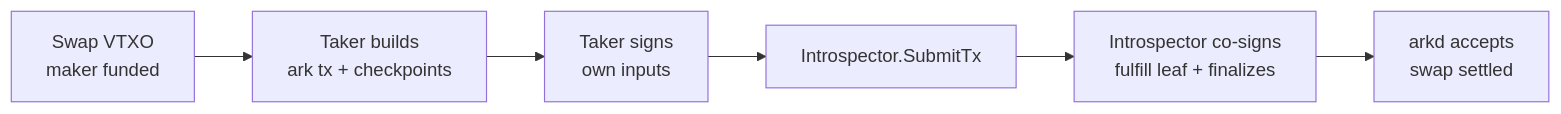
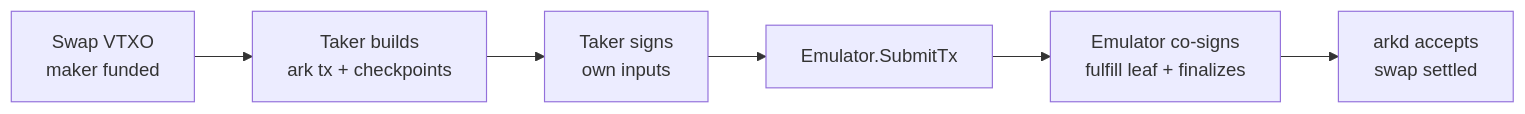
One commit to arkade-os/solver changed the diagram in wiki/Banco-Swap-Protocol.md. Above: the diagram before and after it, drawn with Mermaid. The commit also changed other lines of this file and 39 other files, not shown here.

Commit message:
rename introspector  -> emulator

````diff
--- a/wiki/Banco-Swap-Protocol.md
+++ b/wiki/Banco-Swap-Protocol.md
@@ -224,8 +224,8 @@
 ```mermaid
 graph LR
     A[Swap VTXO<br/>maker funded] --> B[Taker builds<br/>ark tx + checkpoints]
     B --> C[Taker signs<br/>own inputs]
-    C --> D[Introspector.SubmitTx]
-    D --> E[Introspector co-signs<br/>fulfill leaf + finalizes]
+    C --> D[Emulator.SubmitTx]
+    D --> E[Emulator co-signs<br/>fulfill leaf + finalizes]
     E --> F[arkd accepts<br/>swap settled]
 ```
````
